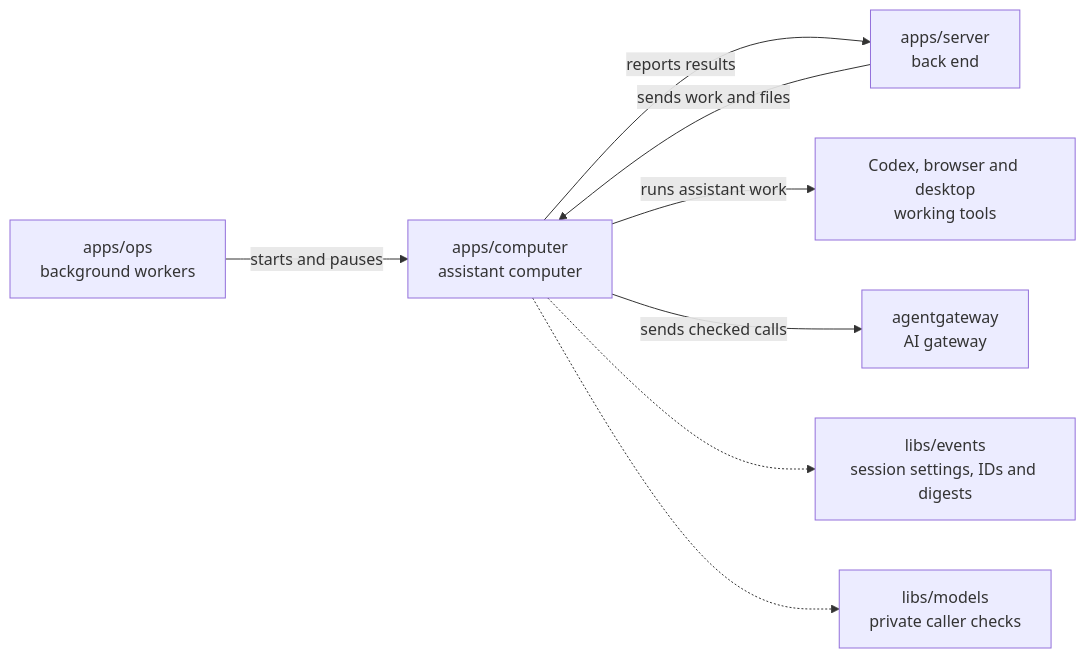
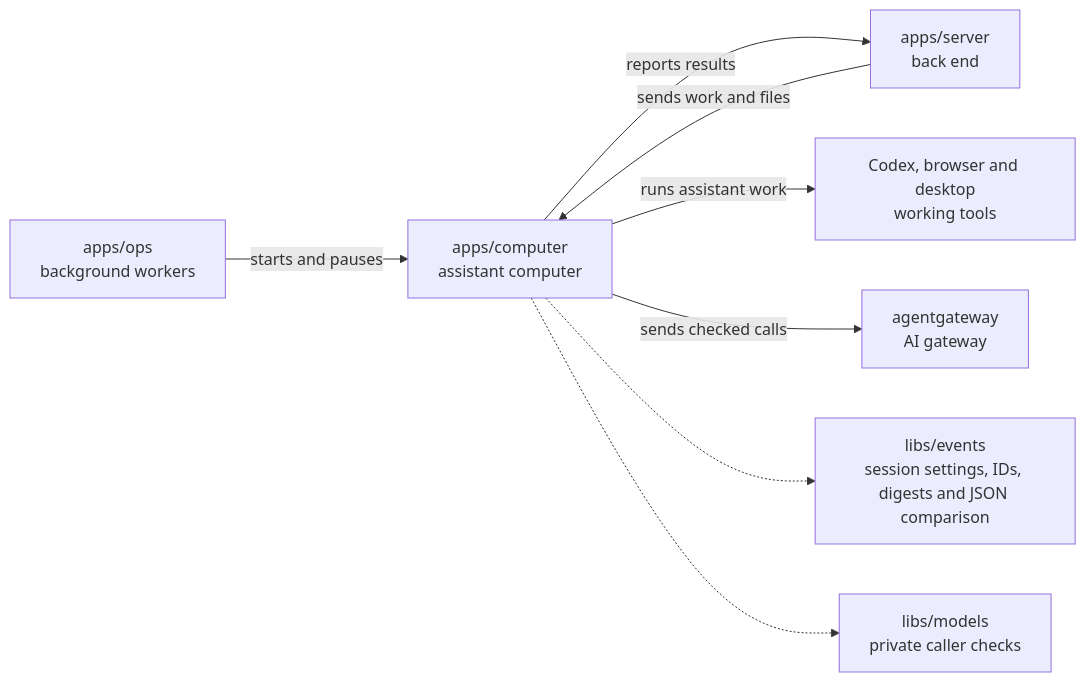
The diagram in apps/computer/README.md (elewa-git/opencrane-new), drawn with Mermaid before and after one commit. The commit also changed other lines of this file and 7 other files, not shown here.

````diff
--- a/apps/computer/README.md
+++ b/apps/computer/README.md
@@ -18,10 +18,10 @@
 ```mermaid
 flowchart LR
   ops["apps/ops<br/>background workers"] -->|starts and pauses| computer["apps/computer<br/>assistant computer"]
   server["apps/server<br/>back end"] -->|sends work and files| computer
   computer -->|reports results| server
   computer -->|runs assistant work| desktop["Codex, browser and desktop<br/>working tools"]
   computer -->|sends checked calls| gateway["agentgateway<br/>AI gateway"]
-  computer -.-> events["libs/events<br/>session settings, IDs and digests"]
+  computer -.-> events["libs/events<br/>session settings, IDs, digests and JSON comparison"]
   computer -.-> models["libs/models<br/>private caller checks"]
 ```
````
